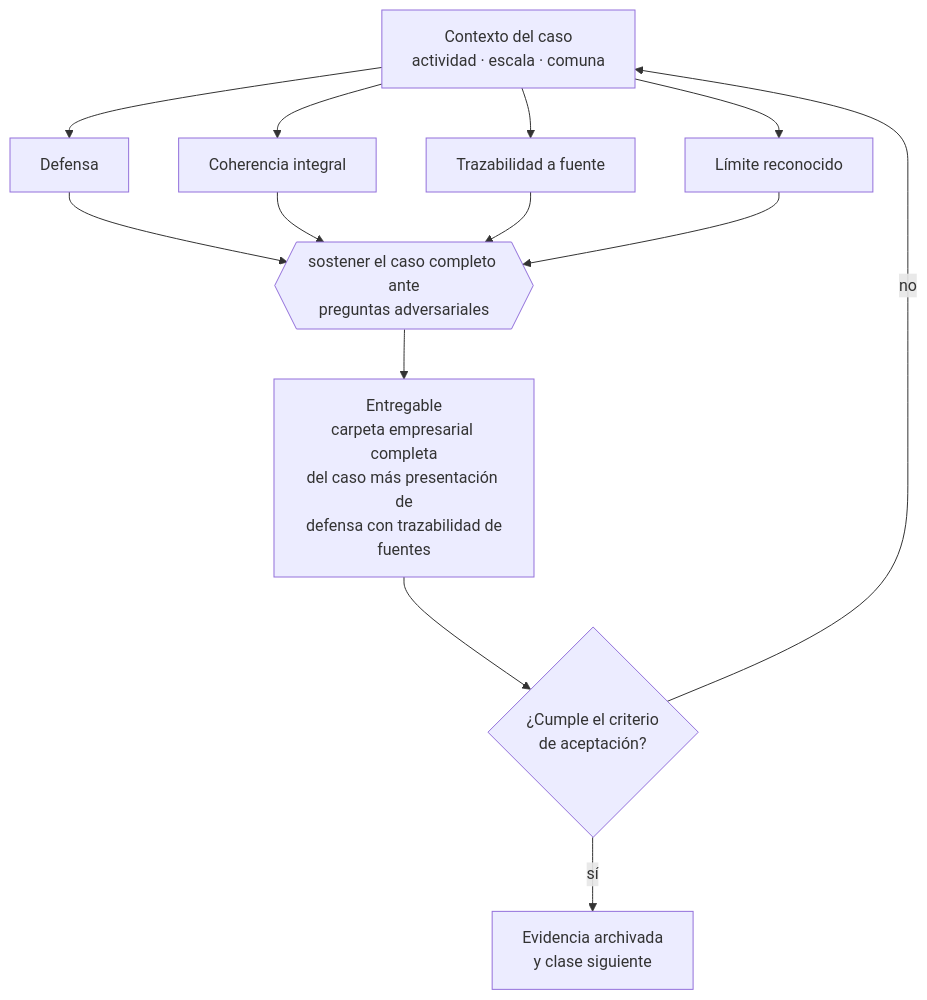
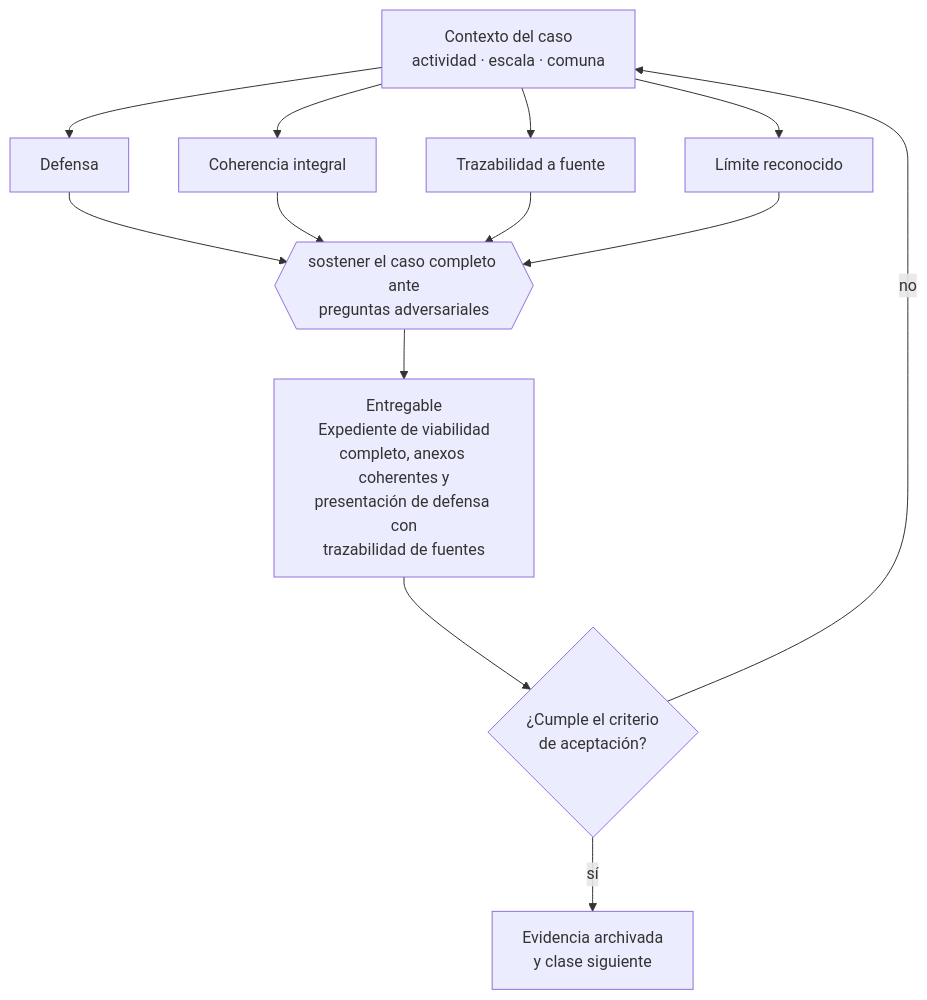
One commit to vladimiracunadev-create/modern-business-creation-program changed the diagram in curriculum/part-24-capstone-construir-una-empresa-de-comienzo-a-fin/class-14-defensa-final-ante-comite-empresarial/README.md. Above: the diagram before and after it, drawn with Mermaid. The commit also changed other lines of this file and 48 other files, not shown here.

Commit message:
feat(curriculum): integrar expediente de viabilidad

````diff
--- a/curriculum/part-24-capstone-construir-una-empresa-de-comienzo-a-fin/class-14-defensa-final-ante-comite-empresarial/README.md
+++ b/curriculum/part-24-capstone-construir-una-empresa-de-comienzo-a-fin/class-14-defensa-final-ante-comite-empresarial/README.md
@@ -34,13 +34,13 @@
 ```mermaid
 flowchart TB
     C["Contexto del caso<br/>actividad · escala · comuna"]
     C --> A1["Defensa"]
     C --> A2["Coherencia integral"]
     C --> A3["Trazabilidad a fuente"]
     C --> A4["Límite reconocido"]
     A1 & A2 & A3 & A4 --> D{{"sostener el caso completo ante<br/>preguntas adversariales"}}
-    D --> E["Entregable<br/>carpeta empresarial completa<br/>del caso más presentación de<br/>defensa con trazabilidad de<br/>fuentes"]
+    D --> E["Entregable<br/>Expediente de viabilidad<br/>completo, anexos coherentes y<br/>presentación de defensa con<br/>trazabilidad de fuentes"]
     E --> V{"¿Cumple el criterio<br/>de aceptación?"}
     V -->|sí| S["Evidencia archivada<br/>y clase siguiente"]
     V -->|no| C
 ```
````
